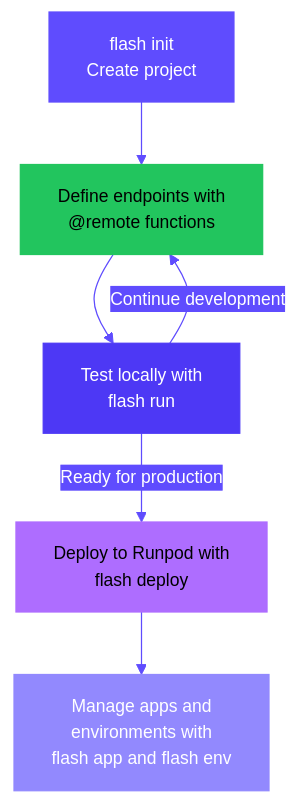
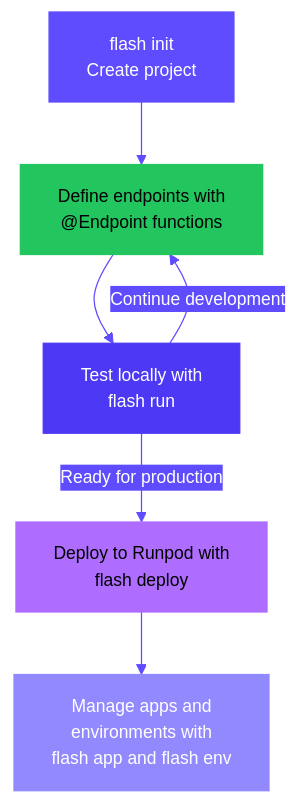
The first of 3 diagrams in flash/apps/overview.mdx (runpod/docs), drawn with Mermaid before and after one commit. The commit also changed other lines of this file and 40 other files, not shown here.

Commit message:
@remote -> @endpoint

````diff
--- a/flash/apps/overview.mdx
+++ b/flash/apps/overview.mdx
@@ -27,22 +27,22 @@
 ```mermaid
 %%{init: {'theme':'base', 'themeVariables': { 'primaryColor':'#9289FE','primaryTextColor':'#fff','primaryBorderColor':'#9289FE','lineColor':'#5F4CFE','secondaryColor':'#AE6DFF','tertiaryColor':'#FCB1FF','edgeLabelBackground':'#5F4CFE', 'fontSize':'14px','fontFamily':'font-inter'}}}%%
 
 flowchart TB
     Init["flash init<br/>Create project"]
-    Code["Define endpoints with<br/>@remote functions"]
+    Code["Define endpoints with<br/>@Endpoint functions"]
     Run["Test locally with<br/>flash run"]
     Deploy["Deploy to Runpod with<br/>flash deploy"]
     Manage["Manage apps and<br/>environments with<br/>flash app and flash env"]
 
     Init --> Code
     Code --> Run
     Run -->|"Ready for production"| Deploy
     Deploy --> Manage
     Run -->|"Continue development"| Code
 
     style Init fill:#5F4CFE,stroke:#5F4CFE,color:#fff
     style Code fill:#22C55E,stroke:#22C55E,color:#000
     style Run fill:#4D38F5,stroke:#4D38F5,color:#fff
     style Deploy fill:#AE6DFF,stroke:#AE6DFF,color:#000
     style Manage fill:#9289FE,stroke:#9289FE,color:#fff
 ```
````
